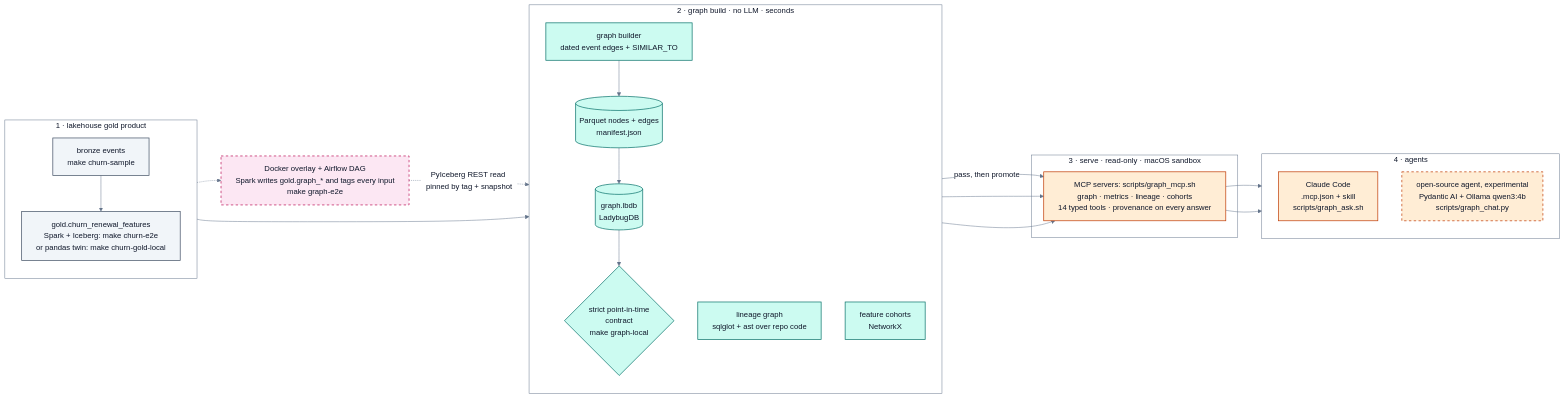
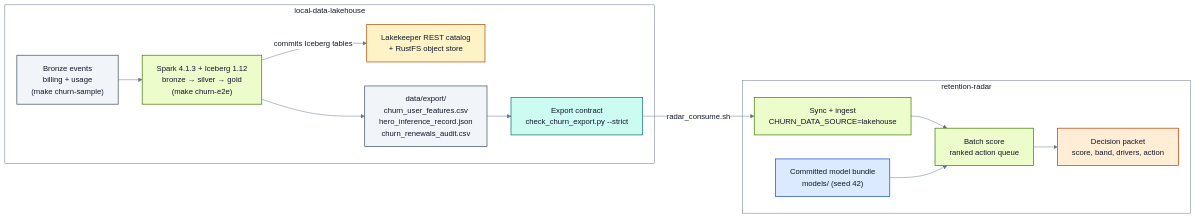
Before and after one commit to santoshshinde2012/local-data-lakehouse: the second of 2 diagrams in README.md, drawn with Mermaid. The commit also changed other lines of this file and 127 other files, not shown here.

````diff
--- a/README.md
+++ b/README.md
@@ -116,50 +188,39 @@
 ```mermaid
 %%{init: {"theme": "base", "flowchart": {"wrappingWidth": 360}, "themeVariables": {"primaryColor": "#CCFBF1", "primaryTextColor": "#0F172A", "primaryBorderColor": "#0F766E", "lineColor": "#64748B", "textColor": "#0F172A", "edgeLabelBackground": "#FFFFFF", "clusterBkg": "#FFFFFF", "clusterBorder": "#64748B", "titleColor": "#0F172A", "attributeBackgroundColorOdd": "#FFFFFF", "attributeBackgroundColorEven": "#F0FDFA", "relationColor": "#64748B", "relationLabelBackground": "#FFFFFF", "relationLabelColor": "#0F172A"}}}%%
 flowchart LR
-  subgraph LAKE["1 · lakehouse gold product"]
-    direction TB
-    BR["bronze events<br/>make churn-sample"] --> GD["gold.churn_renewal_features<br/>Spark + Iceberg: make churn-e2e<br/>or pandas twin: make churn-gold-local"]
+  subgraph lake ["local-data-lakehouse"]
+    EV["Bronze events<br/>billing + usage<br/>(make churn-sample)"]
+    SP["Spark 4.1.3 + Iceberg 1.12<br/>bronze → silver → gold<br/>(make churn-e2e)"]
+    CAT["Lakekeeper REST catalog<br/>+ RustFS object store"]
+    EXP["data/export/<br/>churn_user_features.csv<br/>hero_inference_record.json<br/>churn_renewals_audit.csv"]
+    CON["Export contract<br/>check_churn_export.py --strict"]
   end
-
-  subgraph BUILD["2 · graph build · no LLM · seconds"]
-    direction TB
-    GB["graph builder<br/>dated event edges + SIMILAR_TO"] --> PQ[("Parquet nodes + edges<br/>manifest.json")] --> LB[("graph.lbdb<br/>LadybugDB")] --> CK{"strict point-in-time<br/>contract<br/>make graph-local"}
-    LX["lineage graph<br/>sqlglot + ast over repo code"]
-    CO["feature cohorts<br/>NetworkX"]
+  subgraph radar ["retention-radar"]
+    SYNC["Sync + ingest<br/>CHURN_DATA_SOURCE=lakehouse"]
+    MOD["Committed model bundle<br/>models/ (seed 42)"]
+    SC["Batch score<br/>ranked action queue"]
+    PK["Decision packet<br/>score, band, drivers, action"]
   end
-
-  subgraph SERVE["3 · serve · read-only · macOS sandbox"]
-    MCP["MCP servers: scripts/graph_mcp.sh<br/>graph · metrics · lineage · cohorts<br/>14 typed tools · provenance on every answer"]
-  end
-
-  subgraph AGENTS["4 · agents"]
-    direction TB
-    CC["Claude Code<br/>.mcp.json + skill<br/>scripts/graph_ask.sh"]
-    OSS["open-source agent, experimental<br/>Pydantic AI + Ollama qwen3:4b<br/>scripts/graph_chat.py"]
-  end
-
-  TWIN["Docker overlay + Airflow DAG<br/>Spark writes gold.graph_* and tags every input<br/>make graph-e2e"]
-
-  GD --> GB
-  GD -.-> TWIN
-  TWIN -.->|"PyIceberg REST read pinned by tag + snapshot"| GB
-  CK -->|"pass, then promote"| MCP
-  LX --> MCP
-  CO --> MCP
-  MCP --> CC
-  MCP --> OSS
-
+  EV --> SP
+  SP -->|"commits Iceberg tables"| CAT
+  SP --> EXP
+  EXP --> CON
+  CON -->|"radar_consume.sh"| SYNC
+  SYNC --> SC
+  MOD --> SC
+  SC --> PK
   classDef storage fill:#DBEAFE,stroke:#1D4ED8,color:#0F172A,stroke-width:1.5px
   classDef catalog fill:#FEF3C7,stroke:#B45309,color:#0F172A,stroke-width:1.5px
   classDef compute fill:#ECFCCB,stroke:#4D7C0F,color:#0F172A,stroke-width:1.5px
   classDef orchestration fill:#FCE7F3,stroke:#BE185D,color:#0F172A,stroke-width:1.5px
   classDef graphlayer fill:#CCFBF1,stroke:#0F766E,color:#0F172A,stroke-width:1.5px
   classDef consumer fill:#FFEDD5,stroke:#C2410C,color:#0F172A,stroke-width:1.5px
   classDef data fill:#F1F5F9,stroke:#475569,color:#0F172A,stroke-width:1.5px
-  class BR,GD data
-  class GB,PQ,LB,CK,LX,CO graphlayer
-  class MCP,CC,OSS consumer
-  class TWIN orchestration
-  style TWIN stroke-dasharray:5 5
-  style OSS stroke-dasharray:5 5
+  class EV,EXP data
+  class SP compute
+  class CAT catalog
+  class CON graphlayer
+  class SYNC,SC compute
+  class MOD storage
+  class PK consumer
 ```
````
